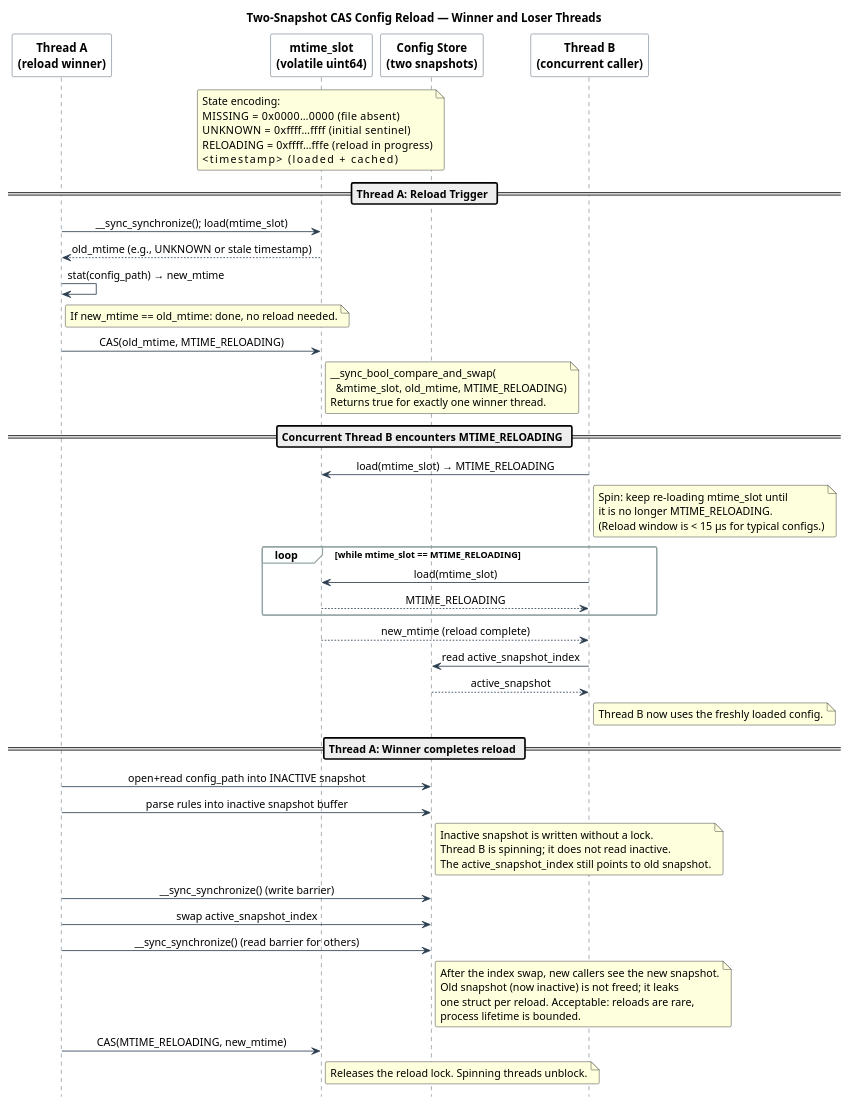
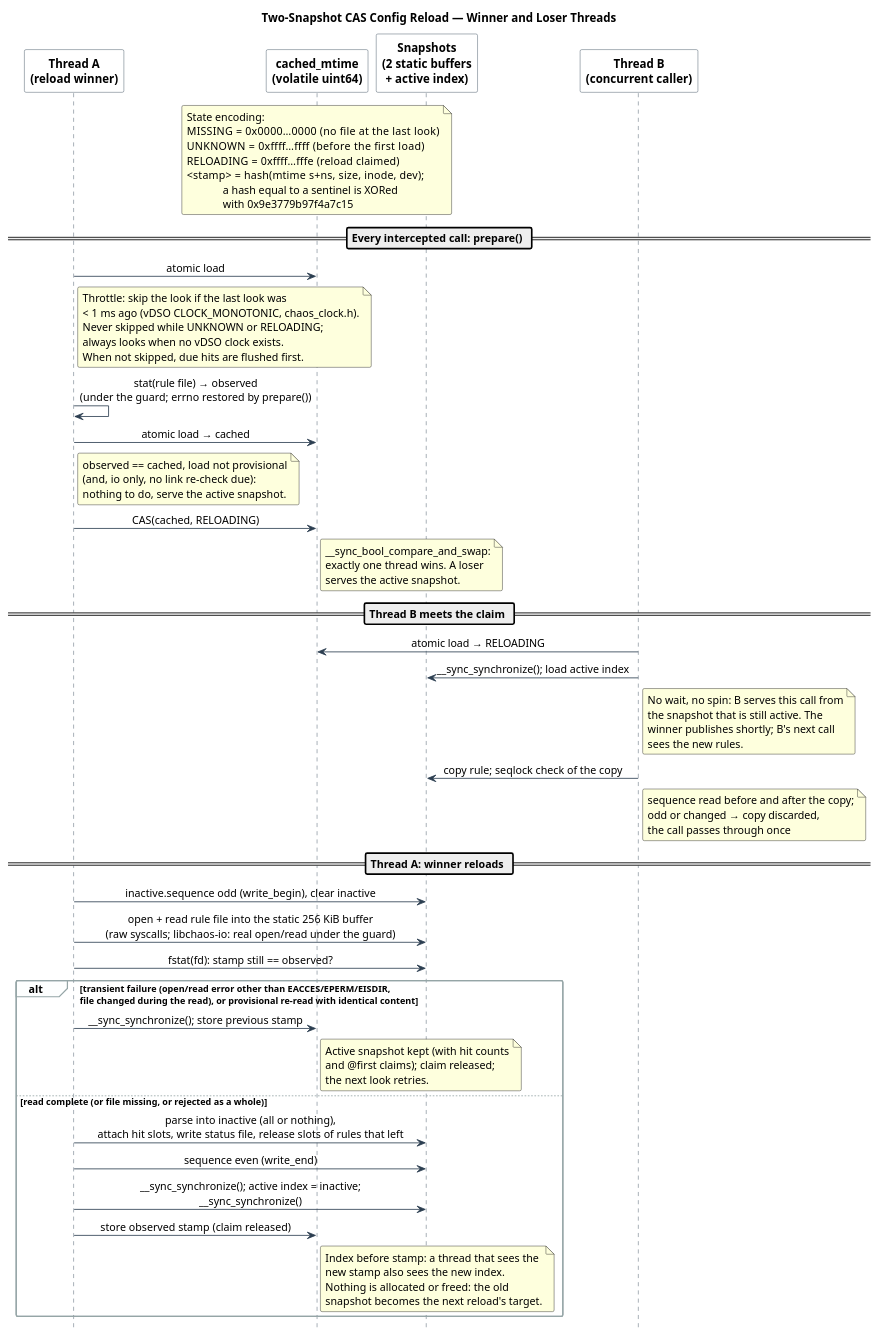
One commit to macstab/macstab-chaos-testing-libraries changed the diagram in docs/diagrams/config_reload.puml. Above: the diagram before and after it, drawn with PlantUML. The commit also changed 14 other files, not shown here.

Commit message:
docs: rewrite architecture, safety, platform and engineering docs; redraw diagrams

```diff
--- a/docs/diagrams/config_reload.puml
+++ b/docs/diagrams/config_reload.puml
@@ -1,108 +1,115 @@
 @startuml config_reload
 '
 ' Engineered by  Christian Schnapka
 '                Embedded Principal+ Engineer
 '                Macstab GmbH · Hamburg, Germany
 '                https://macstab.com
 '
-' Two-snapshot CAS config reload protocol.
-' Shows the mtime state machine, CAS winner/loser paths,
-' and the spin-wait on MTIME_RELOADING.
+' Two-snapshot CAS reload of the rule file.
+' Shows the 1 ms throttle, the change-stamp state machine, the
+' CAS winner path and the loser path (no waiting: losers serve the
+' active snapshot).
 '
-' Reference: docs/MEMORY.md §16
-'            src/*/chaos_*_config.c  (all libraries use the same pattern)
+' Reference: docs/ARCHITECTURE.md "Config Reloading", docs/PLATFORM.md §12
+'            src/config/chaos_io_config.c and src/*/chaos_*_config.c
+'            (every library uses the same protocol)
 '
 title Two-Snapshot CAS Config Reload — Winner and Loser Threads
 
 skinparam sequenceMessageAlign center
 skinparam shadowing false
 skinparam roundCorner 4
 skinparam sequence {
   ArrowColor                 #2C3E50
   LifeLineBorderColor        #2C3E50
   LifeLineBackgroundColor    #ECF0F1
   ParticipantBorderColor     #2C3E50
   ParticipantBackgroundColor #FFFFFF
   ParticipantFontStyle       bold
   GroupBackgroundColor       #FDFEFE
   GroupBorderColor           #95A5A6
 }
 hide footbox
 
 participant "Thread A\n(reload winner)" as A
-participant "mtime_slot\n(volatile uint64)" as Slot
-participant "Config Store\n(two snapshots)" as Store
+participant "cached_mtime\n(volatile uint64)" as Slot
+participant "Snapshots\n(2 static buffers\n+ active index)" as Store
 participant "Thread B\n(concurrent caller)" as B
 
 note over Slot
   State encoding:
-  MISSING    = 0x0000…0000  (file absent)
-  UNKNOWN    = 0xffff…ffff  (initial sentinel)
-  RELOADING  = 0xffff…fffe  (reload in progress)
-  <timestamp>               (loaded + cached)
+  MISSING    = 0x0000…0000  (no file at the last look)
+  UNKNOWN    = 0xffff…ffff  (before the first load)
+  RELOADING  = 0xffff…fffe  (reload claimed)
+  <stamp>    = hash(mtime s+ns, size, inode, dev);
+               a hash equal to a sentinel is XORed
+               with 0x9e3779b97f4a7c15
 end note
 
-== Thread A: Reload Trigger ==
+== Every intercepted call: prepare() ==
 
-A -> Slot : __sync_synchronize(); load(mtime_slot)
-Slot --> A : old_mtime (e.g., UNKNOWN or stale timestamp)
-A -> A : stat(config_path) → new_mtime
+A -> Slot : atomic load
 note right of A
-  If new_mtime == old_mtime: done, no reload needed.
+  Throttle: skip the look if the last look was
+  < 1 ms ago (vDSO CLOCK_MONOTONIC, chaos_clock.h).
+  Never skipped while UNKNOWN or RELOADING;
+  always looks when no vDSO clock exists.
+  When not skipped, due hits are flushed first.
+end note
+A -> A : stat(rule file) → observed\n(under the guard; errno restored by prepare())
+A -> Slot : atomic load → cached
+note right of A
+  observed == cached, load not provisional
+  (and, io only, no link re-check due):
+  nothing to do, serve the active snapshot.
+end note
+A -> Slot : CAS(cached, RELOADING)
+note right of Slot
+  __sync_bool_compare_and_swap:
+  exactly one thread wins. A loser
+  serves the active snapshot.
 end note
 
-A -> Slot : CAS(old_mtime, MTIME_RELOADING)
-note right of Slot
-  __sync_bool_compare_and_swap(
-    &mtime_slot, old_mtime, MTIME_RELOADING)
-  Returns true for exactly one winner thread.
+== Thread B meets the claim ==
+
+B -> Slot : atomic load → RELOADING
+B -> Store : __sync_synchronize(); load active index
+note right of B
+  No wait, no spin: B serves this call from
+  the snapshot that is still active. The
+  winner publishes shortly; B's next call
+  sees the new rules.
+end note
+B -> Store : copy rule; seqlock check of the copy
+note right of B
+  sequence read before and after the copy;
+  odd or changed → copy discarded,
+  the call passes through once
 end note
 
-== Concurrent Thread B encounters MTIME_RELOADING ==
+== Thread A: winner reloads ==
 
-B -> Slot : load(mtime_slot) → MTIME_RELOADING
-note right of B
-  Spin: keep re-loading mtime_slot until
-  it is no longer MTIME_RELOADING.
-  (Reload window is < 15 µs for typical configs.)
-end note
-
-loop while mtime_slot == MTIME_RELOADING
-  B -> Slot : load(mtime_slot)
-  Slot --> B : MTIME_RELOADING
+A -> Store : inactive.sequence odd (write_begin), clear inactive
+A -> Store : open + read rule file into the static 256 KiB buffer\n(raw syscalls; libchaos-io: real open/read under the guard)
+A -> Store : fstat(fd): stamp still == observed?
+alt transient failure (open/read error other than EACCES/EPERM/EISDIR,\nfile changed during the read), or provisional re-read with identical content
+  A -> Slot : __sync_synchronize(); store previous stamp
+  note right of Slot
+    Active snapshot kept (with hit counts
+    and @first claims); claim released;
+    the next look retries.
+  end note
+else read complete (or file missing, or rejected as a whole)
+  A -> Store : parse into inactive (all or nothing),\nattach hit slots, write status file, release slots of rules that left
+  A -> Store : sequence even (write_end)
+  A -> Store : __sync_synchronize(); active index = inactive;\n__sync_synchronize()
+  A -> Slot : store observed stamp (claim released)
+  note right of Slot
+    Index before stamp: a thread that sees the
+    new stamp also sees the new index.
+    Nothing is allocated or freed: the old
+    snapshot becomes the next reload's target.
+  end note
 end
 
-Slot --> B : new_mtime (reload complete)
-B -> Store : read active_snapshot_index
-Store --> B : active_snapshot
-note right of B
-  Thread B now uses the freshly loaded config.
-end note
-
-== Thread A: Winner completes reload ==
-
-A -> Store : open+read config_path into INACTIVE snapshot
-A -> Store : parse rules into inactive snapshot buffer
-note right of Store
-  Inactive snapshot is written without a lock.
-  Thread B is spinning; it does not read inactive.
-  The active_snapshot_index still points to old snapshot.
-end note
-
-A -> Store : __sync_synchronize() (write barrier)
-A -> Store : swap active_snapshot_index
-A -> Store : __sync_synchronize() (read barrier for others)
-
-note right of Store
-  After the index swap, new callers see the new snapshot.
-  Old snapshot (now inactive) is not freed; it leaks
-  one struct per reload. Acceptable: reloads are rare,
-  process lifetime is bounded.
-end note
-
-A -> Slot : CAS(MTIME_RELOADING, new_mtime)
-note right of Slot
-  Releases the reload lock. Spinning threads unblock.
-end note
-
 @enduml
```
